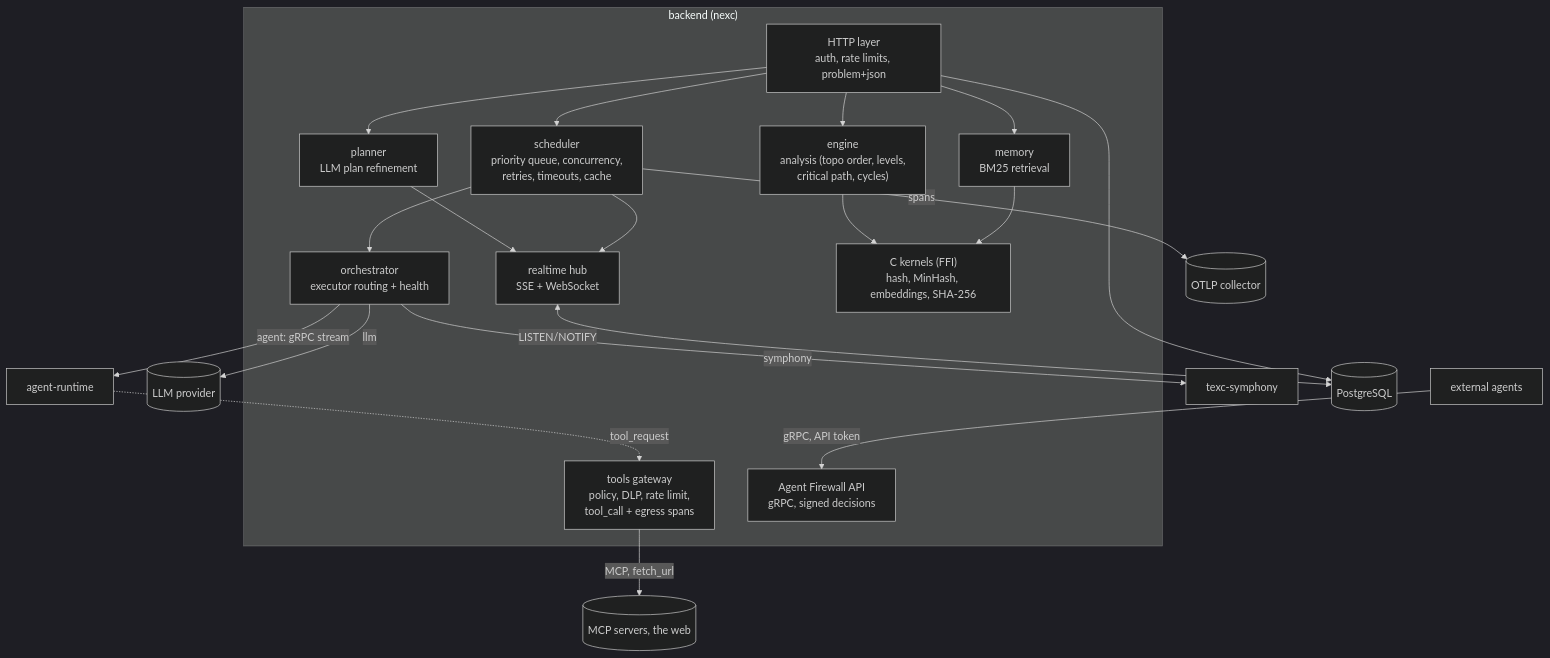
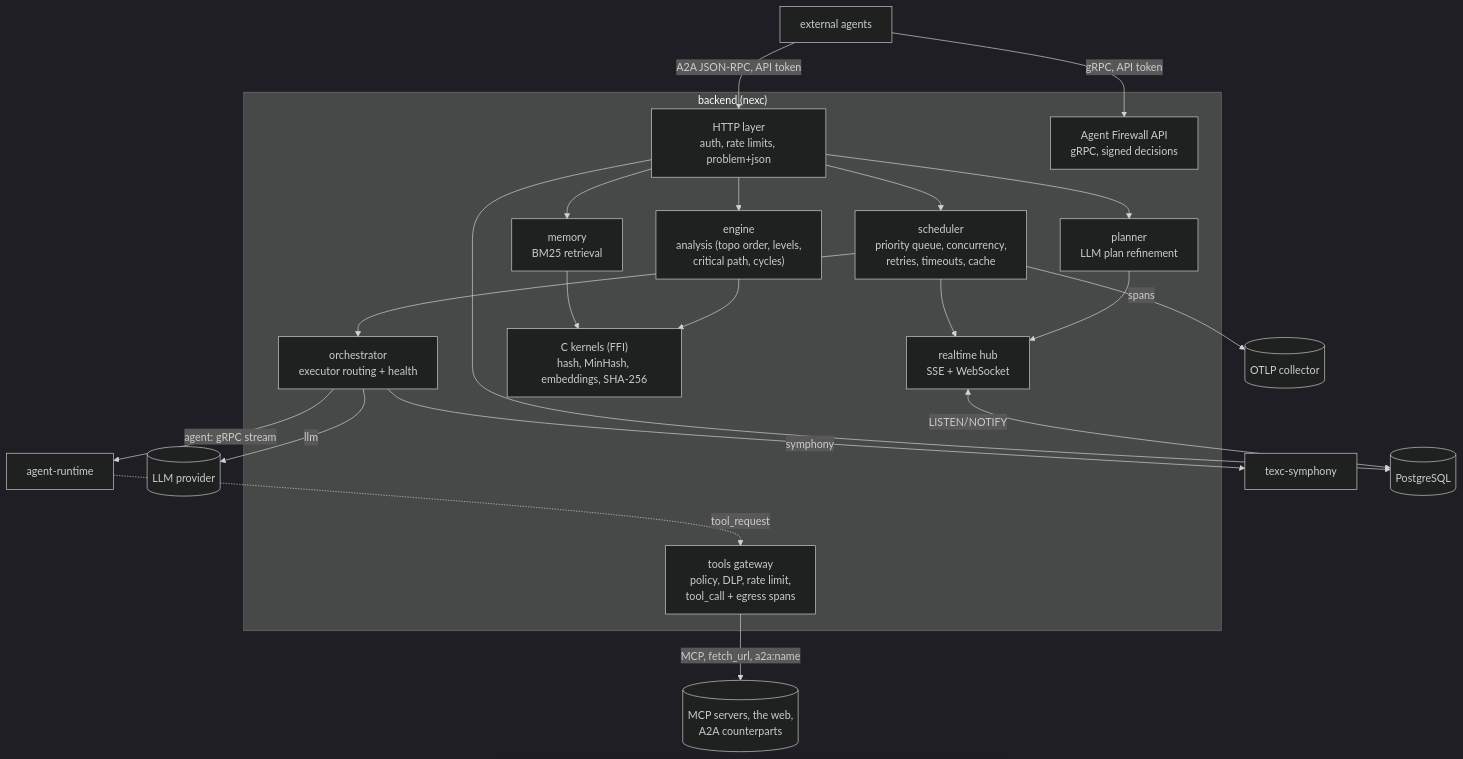
The first of 4 diagrams in docs/ARCHITECTURE.md (f8fvwgzc/nexc-engine), drawn with Mermaid (dark theme) before and after one commit. The commit also changed other lines of this file and 3 other files, not shown here.

````diff
--- a/docs/ARCHITECTURE.md
+++ b/docs/ARCHITECTURE.md
@@ -17,30 +17,31 @@
 ```mermaid
 flowchart TB
     subgraph backend["backend (nexc)"]
         http["HTTP layer<br/>auth, rate limits, problem+json"]
         realtime["realtime hub<br/>SSE + WebSocket"]
         planner["planner<br/>LLM plan refinement"]
         engine["engine<br/>analysis (topo order, levels,<br/>critical path, cycles)"]
         scheduler["scheduler<br/>priority queue, concurrency,<br/>retries, timeouts, cache"]
         orchestrator["orchestrator<br/>executor routing + health"]
         memory["memory<br/>BM25 retrieval"]
         kernels["C kernels (FFI)<br/>hash, MinHash, embeddings, SHA-256"]
         gateway["tools gateway<br/>policy, DLP, rate limit,<br/>tool_call + egress spans"]
         firewall["Agent Firewall API<br/>gRPC, signed decisions"]
     end
     http --> planner & engine & scheduler & memory
     scheduler --> orchestrator
     engine --> kernels
     memory --> kernels
     planner --> realtime
     scheduler --> realtime
     orchestrator -->|llm| provider[(LLM provider)]
     orchestrator -->|agent: gRPC stream| runtime[agent-runtime]
     runtime -.->|tool_request| gateway
-    gateway -->|MCP, fetch_url| mcp[(MCP servers, the web)]
+    gateway -->|MCP, fetch_url, a2a:name| mcp[(MCP servers, the web,<br/>A2A counterparts)]
     external[external agents] -->|gRPC, API token| firewall
+    external -->|A2A JSON-RPC, API token| http
     scheduler -->|spans| otlp[(OTLP collector)]
     orchestrator -->|symphony| symphony[texc-symphony]
     realtime <-->|LISTEN/NOTIFY| pg[(PostgreSQL)]
     http --> pg
 ```
````
